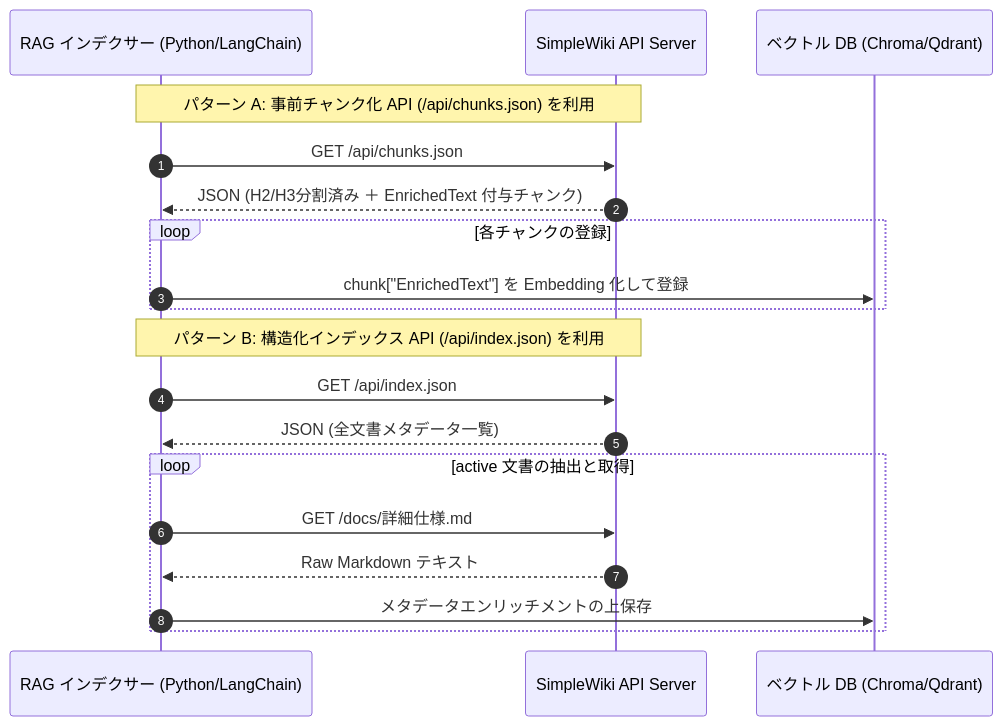
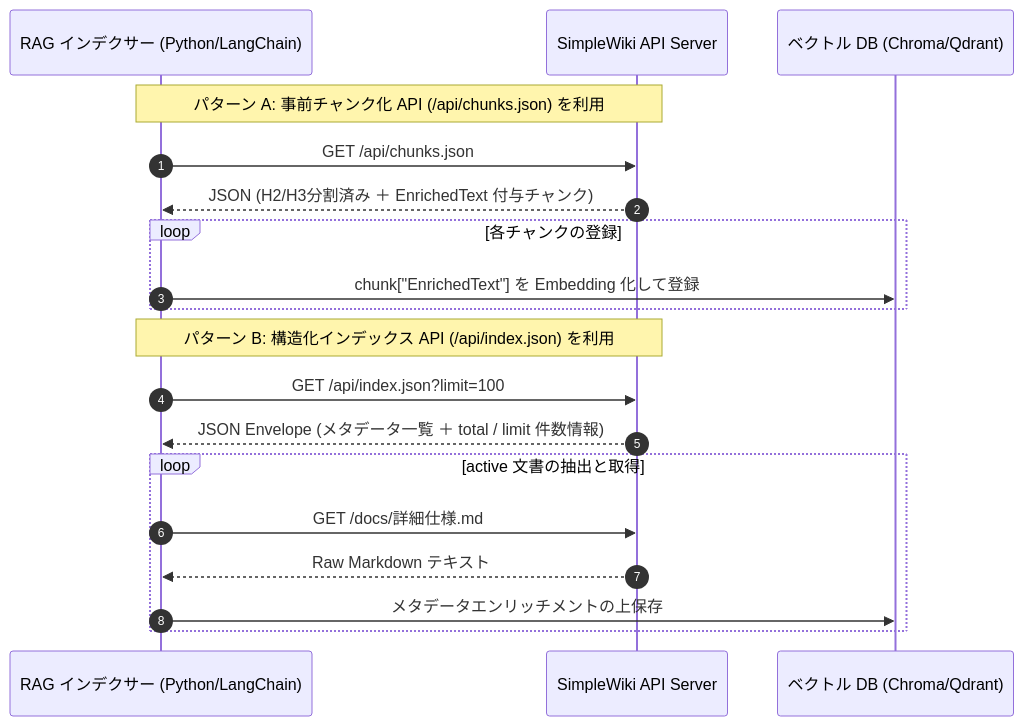
The diagram in markdown_sample/docs/api/REST-API.md (chottokun/SimpleWiki), drawn with Mermaid before and after one commit. The commit also changed other lines of this file and 2 other files, not shown here.

Commit message:
feat: add support for filtering, pagination, and field selection to API index endpoint with documentation

````diff
--- a/markdown_sample/docs/api/REST-API.md
+++ b/markdown_sample/docs/api/REST-API.md
@@ -37,23 +37,23 @@
 ```mermaid
 sequenceDiagram
     autonumber
     participant RAG as RAG インデクサー (Python/LangChain)
     participant Wiki as SimpleWiki API Server
     participant VectorDB as ベクトル DB (Chroma/Qdrant)
 
     note over RAG,Wiki: パターン A: 事前チャンク化 API (/api/chunks.json) を利用
     RAG->>Wiki: GET /api/chunks.json
     Wiki-->>RAG: JSON (H2/H3分割済み ＋ EnrichedText 付与チャンク)
     loop 各チャンクの登録
         RAG->>VectorDB: chunk["EnrichedText"] を Embedding 化して登録
     end
 
     note over RAG,Wiki: パターン B: 構造化インデックス API (/api/index.json) を利用
-    RAG->>Wiki: GET /api/index.json
-    Wiki-->>RAG: JSON (全文書メタデータ一覧)
+    RAG->>Wiki: GET /api/index.json?limit=100
+    Wiki-->>RAG: JSON Envelope (メタデータ一覧 ＋ total / limit 件数情報)
     loop active 文書の抽出と取得
         RAG->>Wiki: GET /docs/詳細仕様.md
         Wiki-->>RAG: Raw Markdown テキスト
         RAG->>VectorDB: メタデータエンリッチメントの上保存
     end
 ```
````
